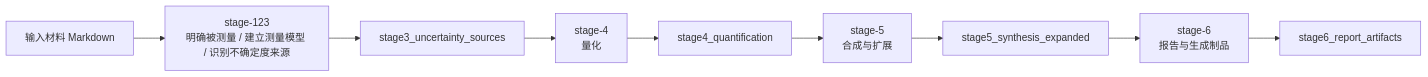
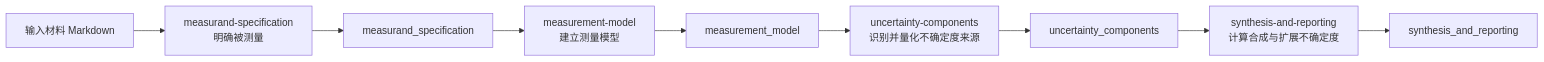
Before and after one commit to ringotypowriter/uncertainty-agent: the diagram in README.md, drawn with Mermaid. The commit also changed other lines of this file and 31 other files, not shown here.

````diff
--- a/README.md
+++ b/README.md
@@ -9,11 +9,11 @@
 ```mermaid
 flowchart LR
-  A[输入材料 Markdown] --> B[stage-123<br/>明确被测量 / 建立测量模型 / 识别不确定度来源]
-  B --> C[stage3_uncertainty_sources]
-  C --> D[stage-4<br/>量化]
-  D --> E[stage4_quantification]
-  E --> F[stage-5<br/>合成与扩展]
-  F --> G[stage5_synthesis_expanded]
-  G --> H[stage-6<br/>报告与生成制品]
-  H --> I[stage6_report_artifacts]
+  A[输入材料 Markdown] --> B[measurand-specification<br/>明确被测量]
+  B --> C[measurand_specification]
+  C --> D[measurement-model<br/>建立测量模型]
+  D --> E[measurement_model]
+  E --> F[uncertainty-components<br/>识别并量化不确定度来源]
+  F --> G[uncertainty_components]
+  G --> H[synthesis-and-reporting<br/>计算合成与扩展不确定度]
+  H --> I[synthesis_and_reporting]
 ```
````
